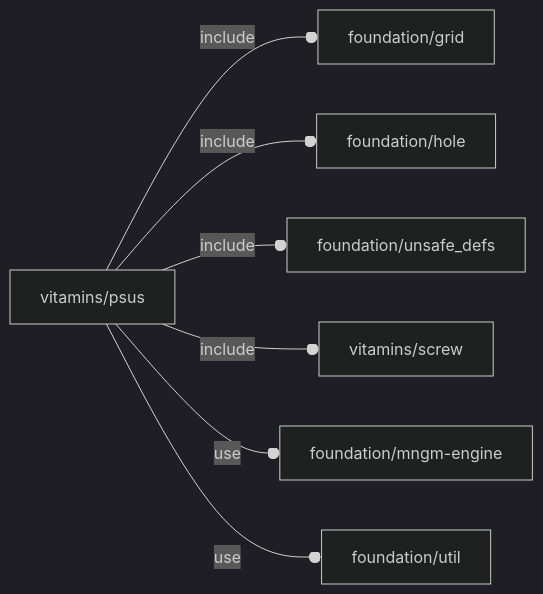
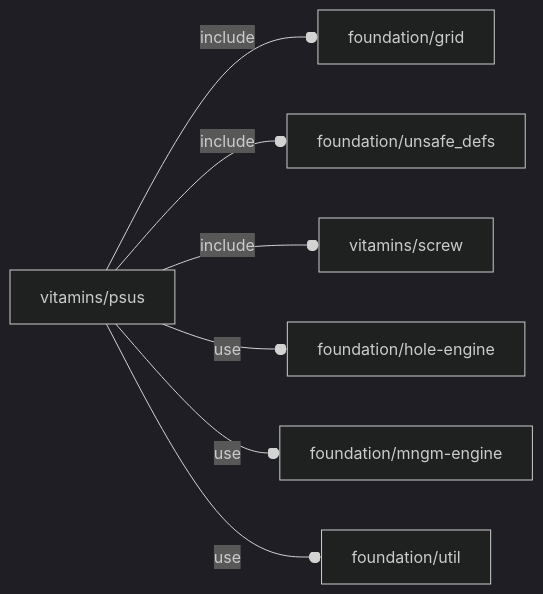
One commit to ggabbiani/OFL changed the diagram in orthodocs/vitamins/psus.md. Above: the diagram before and after it, drawn with Mermaid (dark theme). The commit also changed 17 other files, not shown here.

````diff
--- a/orthodocs/vitamins/psus.md
+++ b/orthodocs/vitamins/psus.md
@@ -5,9 +5,9 @@
 ```mermaid
 graph LR
     A1[vitamins/psus] --o|include| A2[foundation/grid]
-    A1 --o|include| A3[foundation/hole]
-    A1 --o|include| A4[foundation/unsafe_defs]
-    A1 --o|include| A5[vitamins/screw]
+    A1 --o|include| A3[foundation/unsafe_defs]
+    A1 --o|include| A4[vitamins/screw]
+    A1 --o|use| A5[foundation/hole-engine]
     A1 --o|use| A6[foundation/mngm-engine]
     A1 --o|use| A7[foundation/util]
 ```
````
